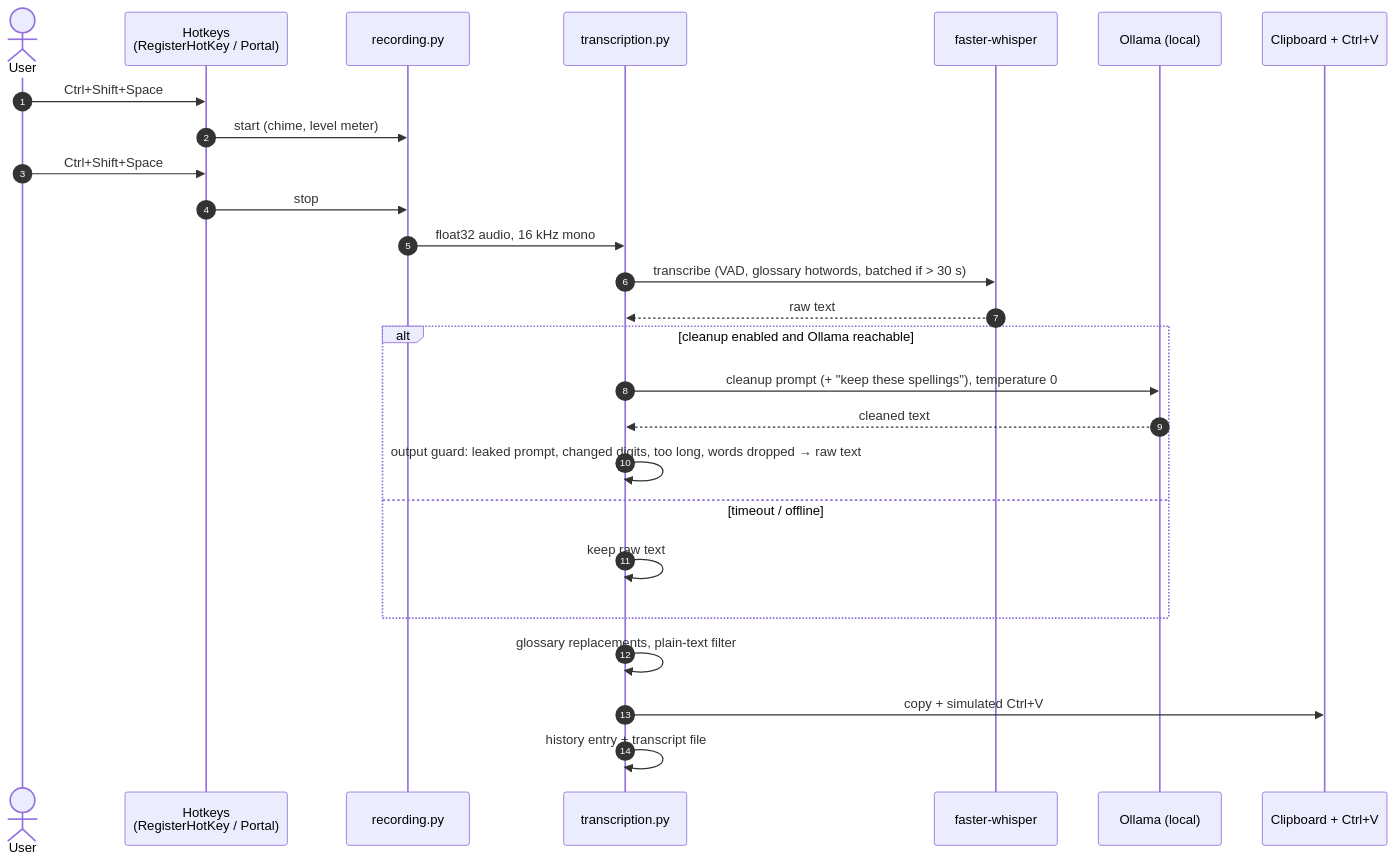
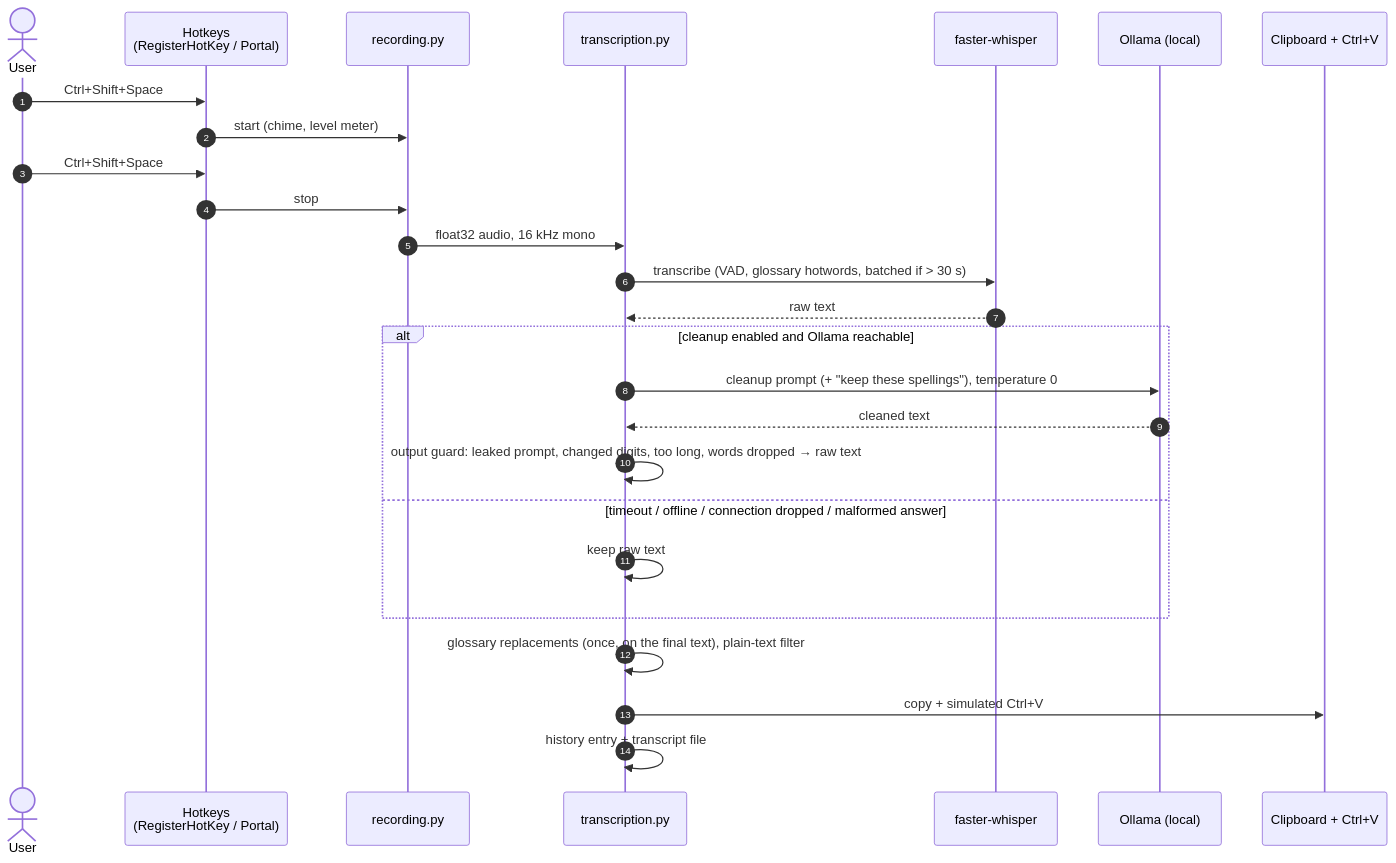
The diagram in docs/architecture.md (Mosaik114/hams-bachelorprojekt), drawn with Mermaid before and after one commit. The commit also changed other lines of this file and 23 other files, not shown here.

````diff
--- a/docs/architecture.md
+++ b/docs/architecture.md
@@ -8,29 +8,29 @@
 ```mermaid
 sequenceDiagram
   autonumber
   actor U as User
   participant HK as Hotkeys<br/>(RegisterHotKey / Portal)
   participant REC as recording.py
   participant TR as transcription.py
   participant W as faster-whisper
   participant O as Ollama (local)
   participant OS as Clipboard + Ctrl+V
 
   U->>HK: Ctrl+Shift+Space
   HK->>REC: start (chime, level meter)
   U->>HK: Ctrl+Shift+Space
   HK->>REC: stop
   REC->>TR: float32 audio, 16 kHz mono
   TR->>W: transcribe (VAD, glossary hotwords, batched if > 30 s)
   W-->>TR: raw text
   alt cleanup enabled and Ollama reachable
     TR->>O: cleanup prompt (+ "keep these spellings"), temperature 0
     O-->>TR: cleaned text
     TR->>TR: output guard: leaked prompt, changed digits, too long, words dropped → raw text
-  else timeout / offline
+  else timeout / offline / connection dropped / malformed answer
     TR->>TR: keep raw text
   end
-  TR->>TR: glossary replacements, plain-text filter
+  TR->>TR: glossary replacements (once, on the final text), plain-text filter
   TR->>OS: copy + simulated Ctrl+V
   TR->>TR: history entry + transcript file
 ```
````
